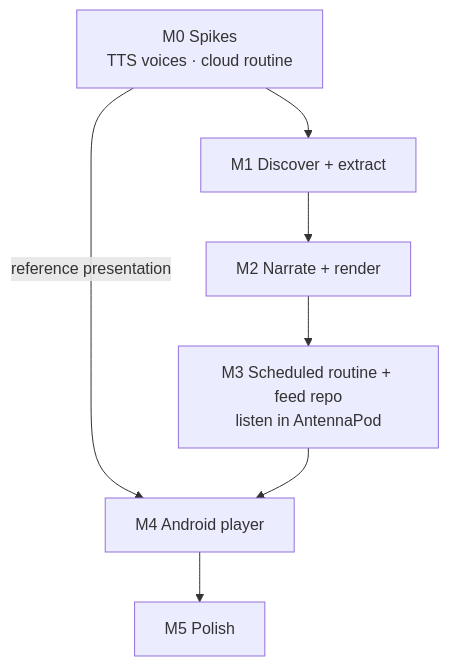
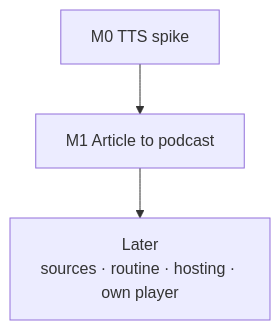
Before and after one commit to nahueltaibo/article-to-podcast: the diagram in .docs/roadmap.md, drawn with Mermaid. The commit also changed other lines of this file and 6 other files, not shown here.

First line of the commit message:
Refocus on article-to-podcast for existing podcast apps

````diff
--- a/.docs/roadmap.md
+++ b/.docs/roadmap.md
@@ -5,9 +5,5 @@
 ```mermaid
 flowchart TD
-    M0[M0 Spikes<br/>TTS voices · cloud routine] --> M1[M1 Discover + extract]
-    M1 --> M2[M2 Narrate + render]
-    M2 --> M3[M3 Scheduled routine + feed repo<br/>listen in AntennaPod]
-    M0 -->|reference presentation| M4[M4 Android player]
-    M3 --> M4
-    M4 --> M5[M5 Polish]
+    M0[M0 TTS spike] --> M1[M1 Article to podcast]
+    M1 --> L[Later<br/>sources · routine · hosting · own player]
 ```
````
